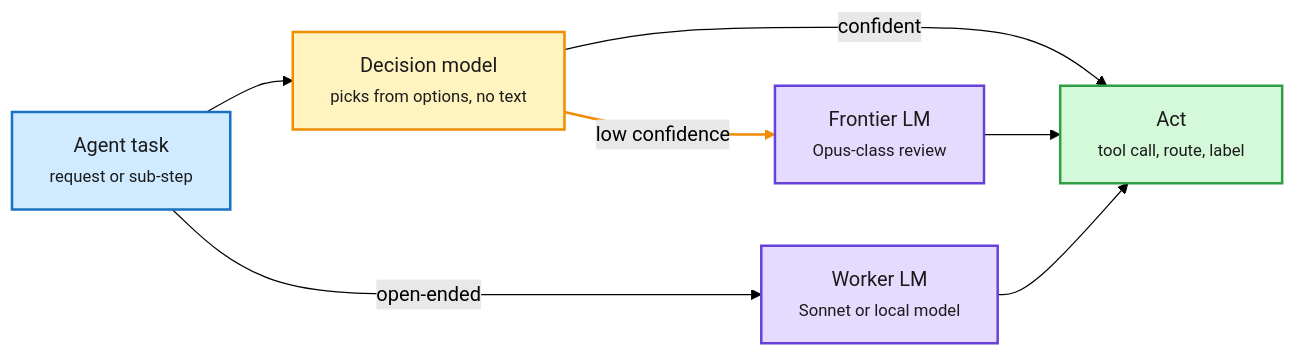
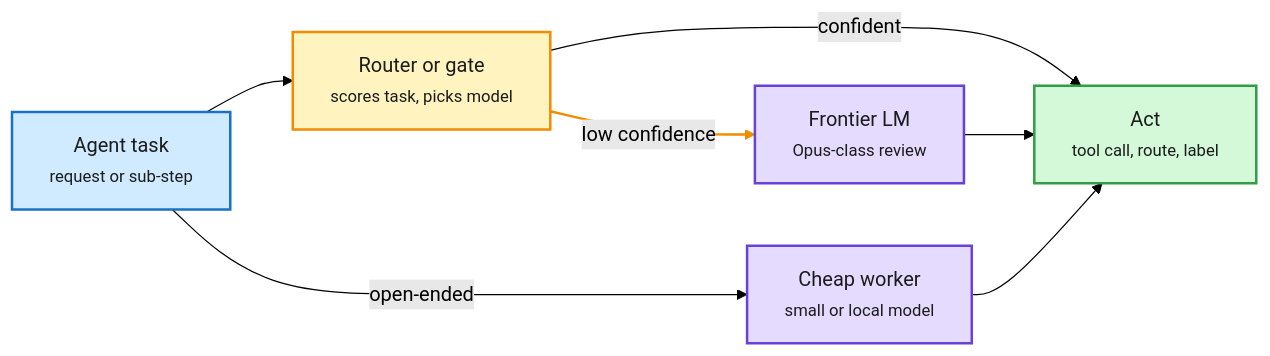
The diagram in wiki/media-zone/2026-10/2026-10-14.md (bayesiansapien/cere-bro), drawn with Mermaid (forest theme) before and after one commit. The commit also changed other lines of this file, not shown here.

````diff
--- a/wiki/media-zone/2026-10/2026-10-14.md
+++ b/wiki/media-zone/2026-10/2026-10-14.md
@@ -25,18 +25,18 @@
 ```mermaid
 flowchart LR
-  T["Agent task<br/><small>request or sub-step</small>"] --> D["Decision model<br/><small>picks from options, no text</small>"]
+  T["Agent task<br/><small>request or sub-step</small>"] --> D["Router or gate<br/><small>scores task, picks model</small>"]
   D -->|confident| A["Act<br/><small>tool call, route, label</small>"]
   D -->|low confidence| F["Frontier LM<br/><small>Opus-class review</small>"]
   F --> A
-  T -->|open-ended| W["Worker LM<br/><small>Sonnet or local model</small>"]
+  T -->|open-ended| W["Cheap worker<br/><small>small or local model</small>"]
   W --> A
   classDef input fill:#d0ebff,stroke:#1971c2,color:#1b1b1b,stroke-width:2px
   classDef loop fill:#fff3bf,stroke:#f08c00,color:#1b1b1b,stroke-width:2px
   classDef core fill:#e5dbff,stroke:#6741d9,color:#1b1b1b,stroke-width:2px
   classDef exit fill:#d3f9d8,stroke:#2f9e44,color:#1b1b1b,stroke-width:2px
   class T input
   class D loop
   class F,W core
   class A exit
   linkStyle 2 stroke:#f08c00,stroke-width:2px
 ```
````
